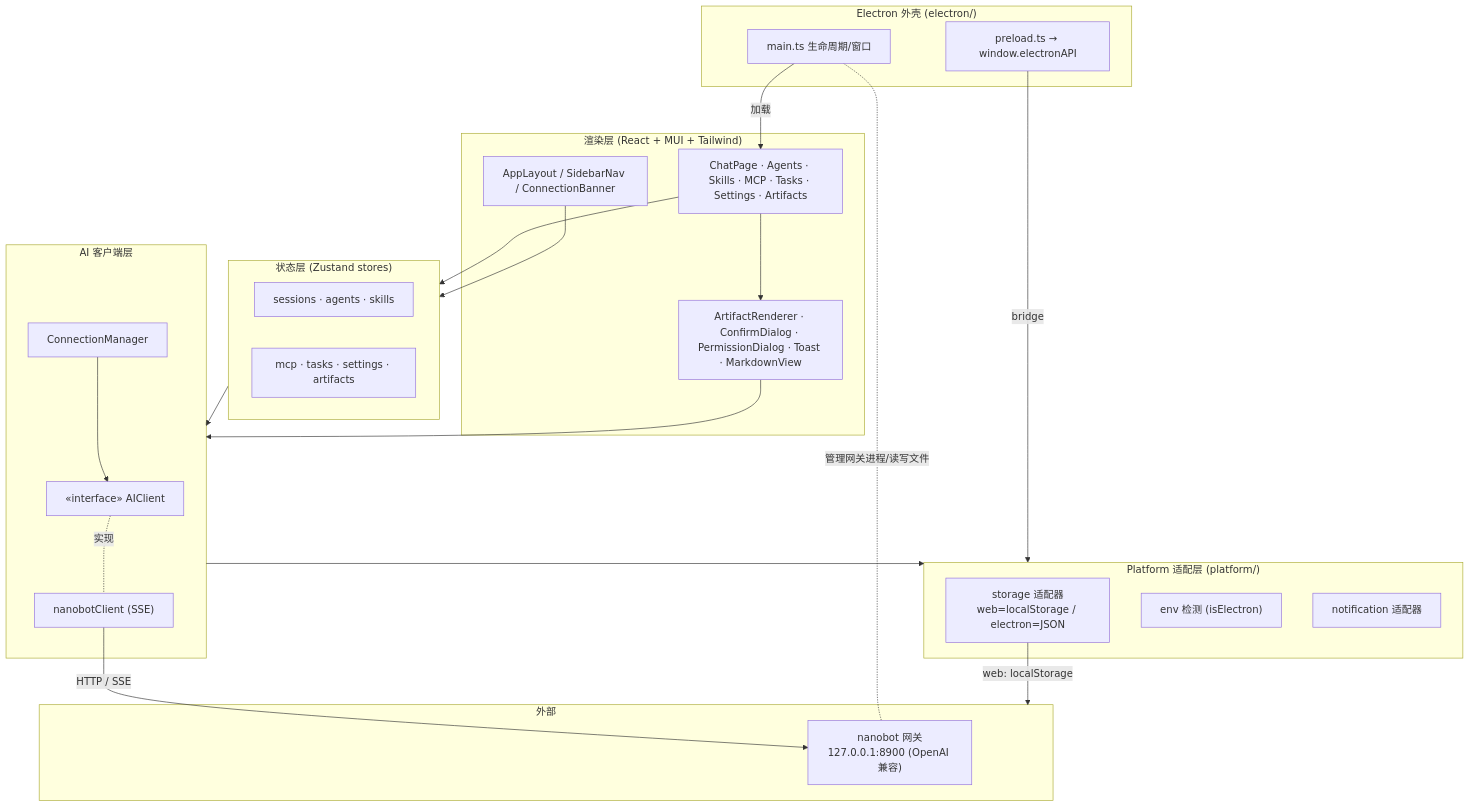
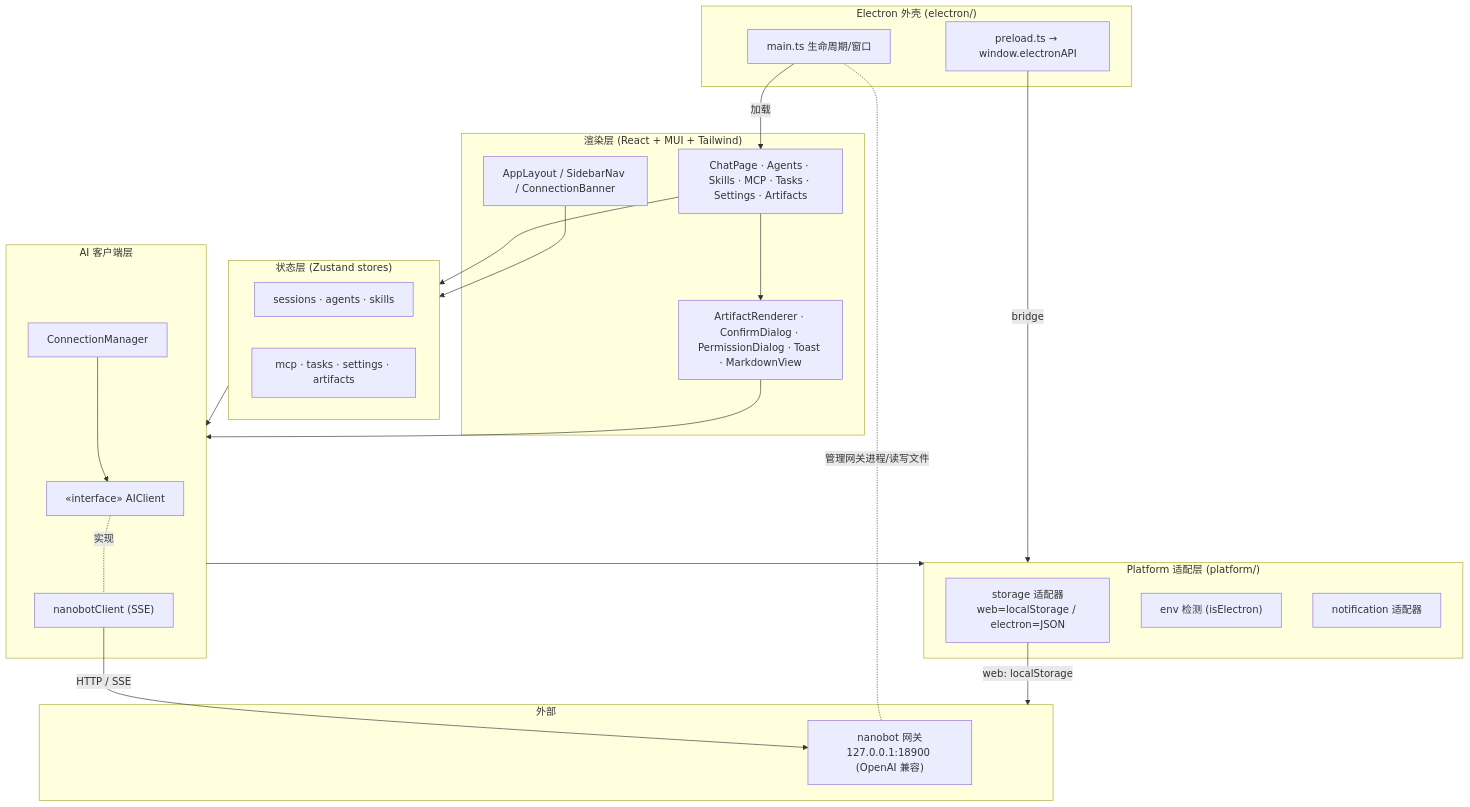
One commit to bwshark/NanoWork changed the first of 5 diagrams in docs/architecture.md. Above: the diagram before and after it, drawn with Mermaid. The commit also changed other lines of this file and 20 other files, not shown here.

````diff
--- a/docs/architecture.md
+++ b/docs/architecture.md
@@ -29,43 +29,43 @@
 ```mermaid
 flowchart TB
   subgraph UI["渲染层 (React + MUI + Tailwind)"]
     LAYOUT["AppLayout / SidebarNav / ConnectionBanner"]
     PAGES["ChatPage · Agents · Skills · MCP · Tasks · Settings · Artifacts"]
     SHARED["ArtifactRenderer · ConfirmDialog · PermissionDialog · Toast · MarkdownView"]
   end
   subgraph STATE["状态层 (Zustand stores)"]
     SX["sessions · agents · skills"] 
     MX["mcp · tasks · settings · artifacts"]
   end
   subgraph AI["AI 客户端层"]
     IFACE["«interface» AIClient"]
     NANO["nanobotClient (SSE)"]
     CM["ConnectionManager"]
   end
   subgraph PLAT["Platform 适配层 (platform/)"]
     STOR["storage 适配器<br/>web=localStorage / electron=JSON"]
     ENV["env 检测 (isElectron)"]
     NOTI["notification 适配器"]
   end
   subgraph SHELL["Electron 外壳 (electron/)"]
     MAIN["main.ts 生命周期/窗口"]
     PRE["preload.ts → window.electronAPI"]
   end
   subgraph EXT["外部"]
-    GW["nanobot 网关<br/>127.0.0.1:8900 (OpenAI 兼容)"]
+    GW["nanobot 网关<br/>127.0.0.1:18900 (OpenAI 兼容)"]
   end
 
   PAGES --> SHARED
   PAGES --> STATE
   LAYOUT --> STATE
   STATE --> AI
   SHARED --> AI
   IFACE -.实现.- NANO
   CM --> IFACE
   AI --> PLAT
   NANO -->|HTTP / SSE| GW
   STOR -->|web: localStorage| EXT
   MAIN -->|加载| PAGES
   PRE -->|bridge| PLAT
   MAIN -.管理网关进程/读写文件.- GW
 ```
````
